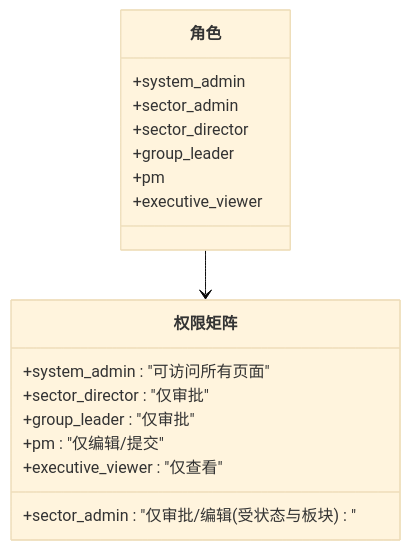
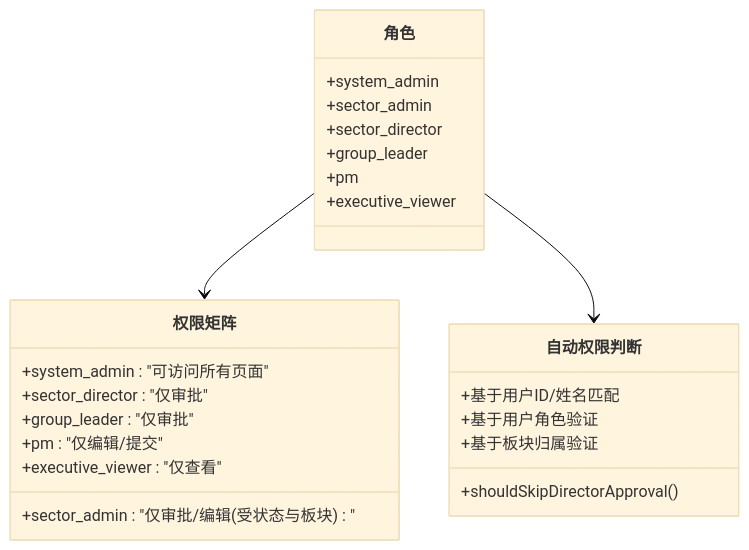
Before and after one commit to marcelxu0272/202605_project-tracking-table: the fifth of 7 diagrams in .qoder/repowiki/zh/content/核心业务模块/审批工作流系统.md, drawn with Mermaid (base theme). The commit also changed other lines of this file and 23 other files, not shown here.

````diff
--- a/.qoder/repowiki/zh/content/核心业务模块/审批工作流系统.md
+++ b/.qoder/repowiki/zh/content/核心业务模块/审批工作流系统.md
@@ -186,20 +211,27 @@
 ```mermaid
 classDiagram
 class 角色 {
 +system_admin
 +sector_admin
 +sector_director
 +group_leader
 +pm
 +executive_viewer
 }
 class 权限矩阵 {
 +system_admin : "可访问所有页面"
 +sector_admin : "仅审批/编辑(受状态与板块)"
 +sector_director : "仅审批"
 +group_leader : "仅审批"
 +pm : "仅编辑/提交"
 +executive_viewer : "仅查看"
 }
+class 自动权限判断 {
++shouldSkipDirectorApproval()
++基于用户ID/姓名匹配
++基于用户角色验证
++基于板块归属验证
+}
 角色 --> 权限矩阵
+角色 --> 自动权限判断
 ```
````
